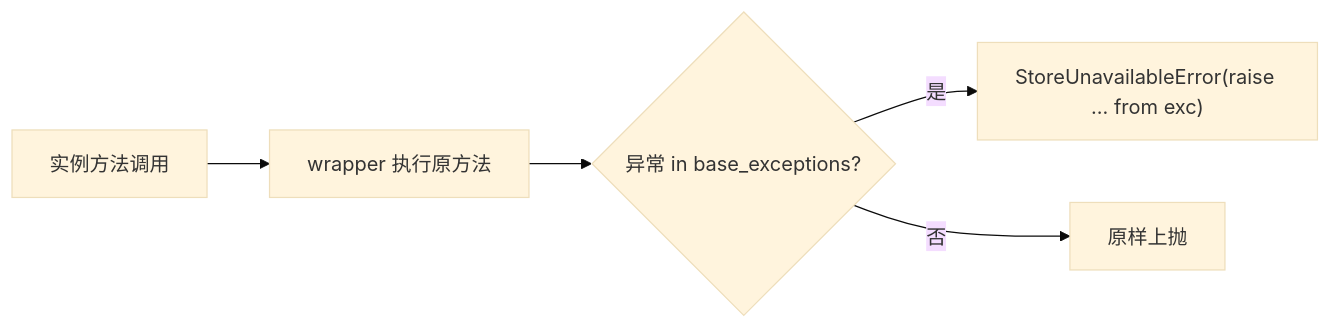
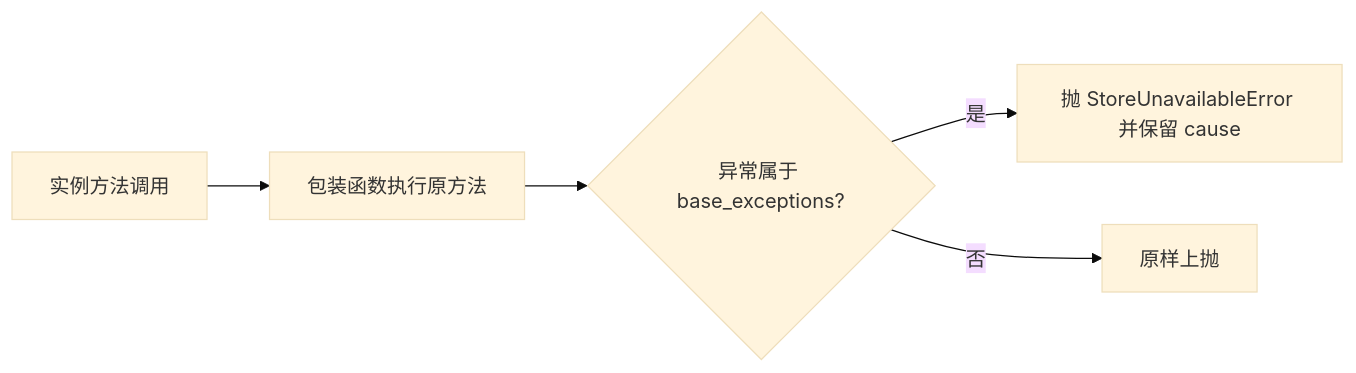
One commit to ZhuoZhuoCrayon/ai-workspace changed the third of 3 diagrams in knowledge/throttled-py/issues/2026-05-03-store-unavailable-error-handling/PLAN.md. Above: the diagram before and after it, drawn with Mermaid (base theme). The commit also changed other lines of this file and 4 other files, not shown here.

Commit message:
docs(knowledge): update throttled-py store unavailable issue

````diff
--- a/knowledge/throttled-py/issues/2026-05-03-store-unavailable-error-handling/PLAN.md
+++ b/knowledge/throttled-py/issues/2026-05-03-store-unavailable-error-handling/PLAN.md
@@ -109,7 +108,7 @@
 ```mermaid
 flowchart LR
-    A["实例方法调用"] --> B["wrapper 执行原方法"]
-    B --> C{"异常 in base_exceptions?"}
-    C -->|是| D["StoreUnavailableError(raise ... from exc)"]
+    A["实例方法调用"] --> B["包装函数执行原方法"]
+    B --> C{"异常属于 base_exceptions?"}
+    C -->|是| D["抛 StoreUnavailableError 并保留 cause"]
     C -->|否| E["原样上抛"]
 ```
````
